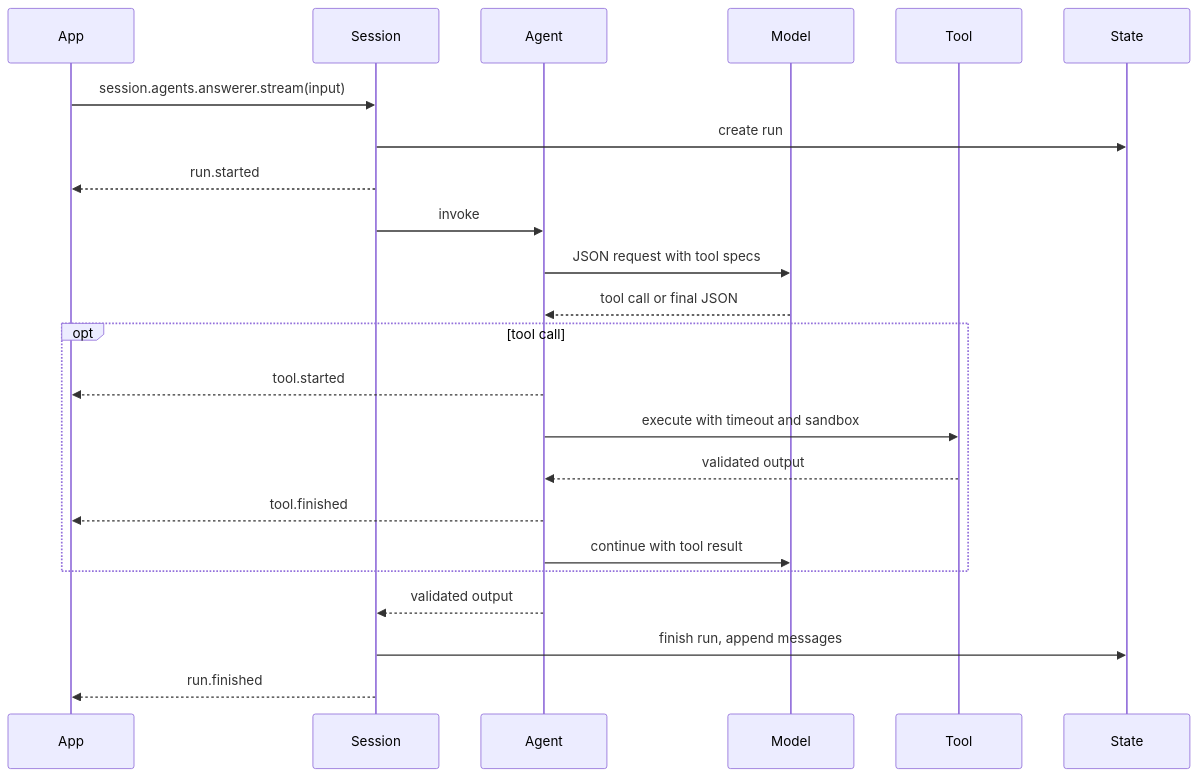
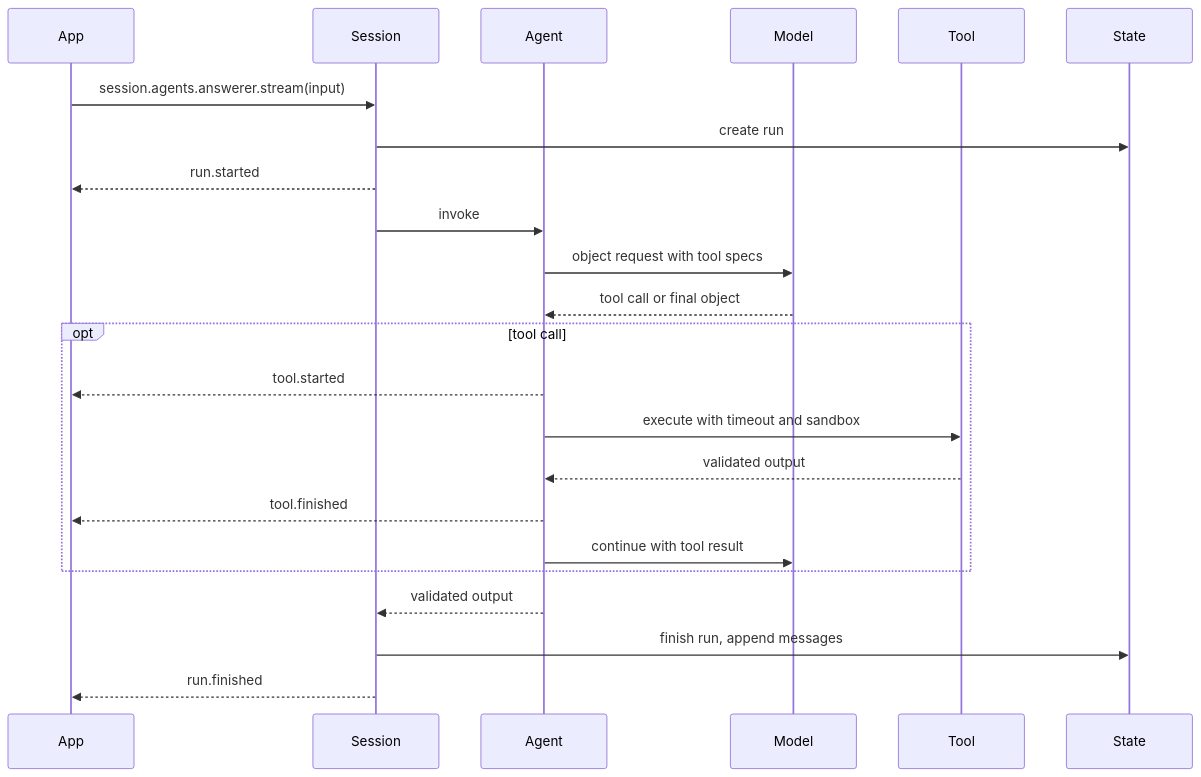
The third of 5 diagrams in docs/concepts/architecture.md (AdamBear/harness), drawn with Mermaid before and after one commit. The commit also changed 85 other files, not shown here.

````diff
--- a/docs/concepts/architecture.md
+++ b/docs/concepts/architecture.md
@@ -98,26 +98,26 @@
 ```mermaid
 sequenceDiagram
   participant App
   participant Session
   participant Agent
   participant Model
   participant Tool
   participant State
 
   App->>Session: session.agents.answerer.stream(input)
   Session->>State: create run
   Session-->>App: run.started
   Session->>Agent: invoke
-  Agent->>Model: JSON request with tool specs
-  Model-->>Agent: tool call or final JSON
+  Agent->>Model: object request with tool specs
+  Model-->>Agent: tool call or final object
   opt tool call
     Agent-->>App: tool.started
     Agent->>Tool: execute with timeout and sandbox
     Tool-->>Agent: validated output
     Agent-->>App: tool.finished
     Agent->>Model: continue with tool result
   end
   Agent-->>Session: validated output
   Session->>State: finish run, append messages
   Session-->>App: run.finished
 ```
````
